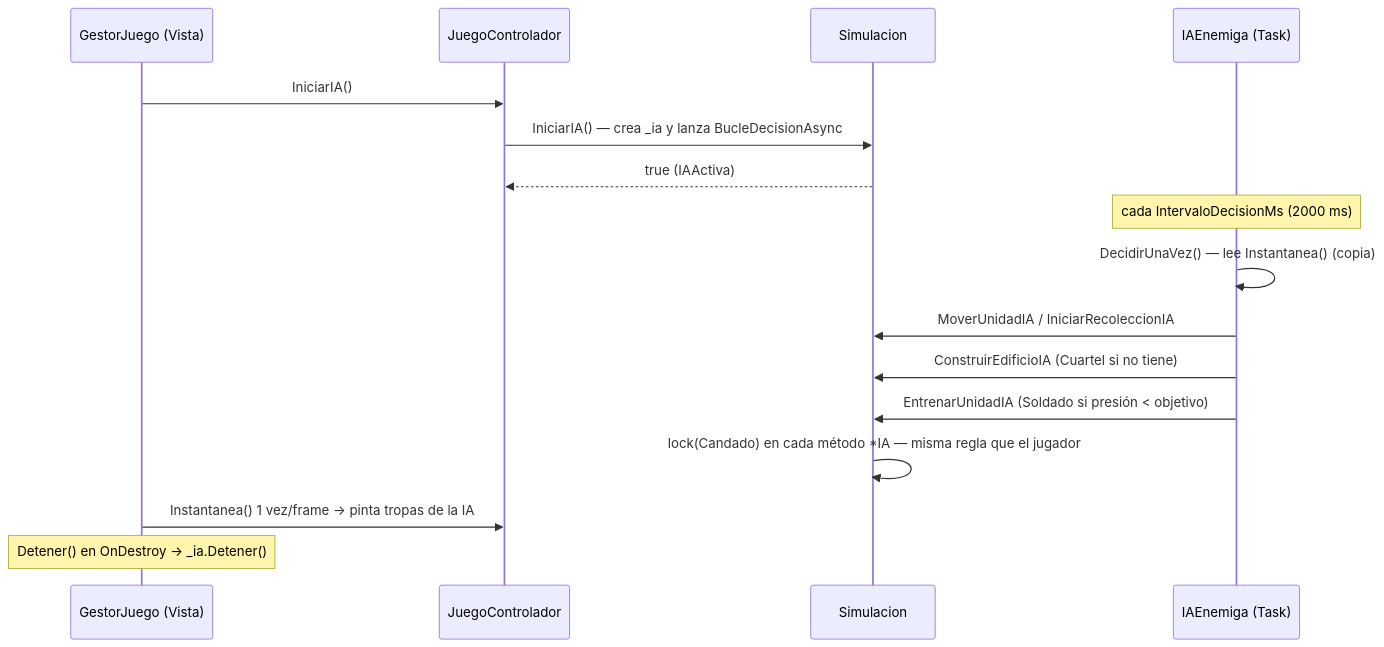
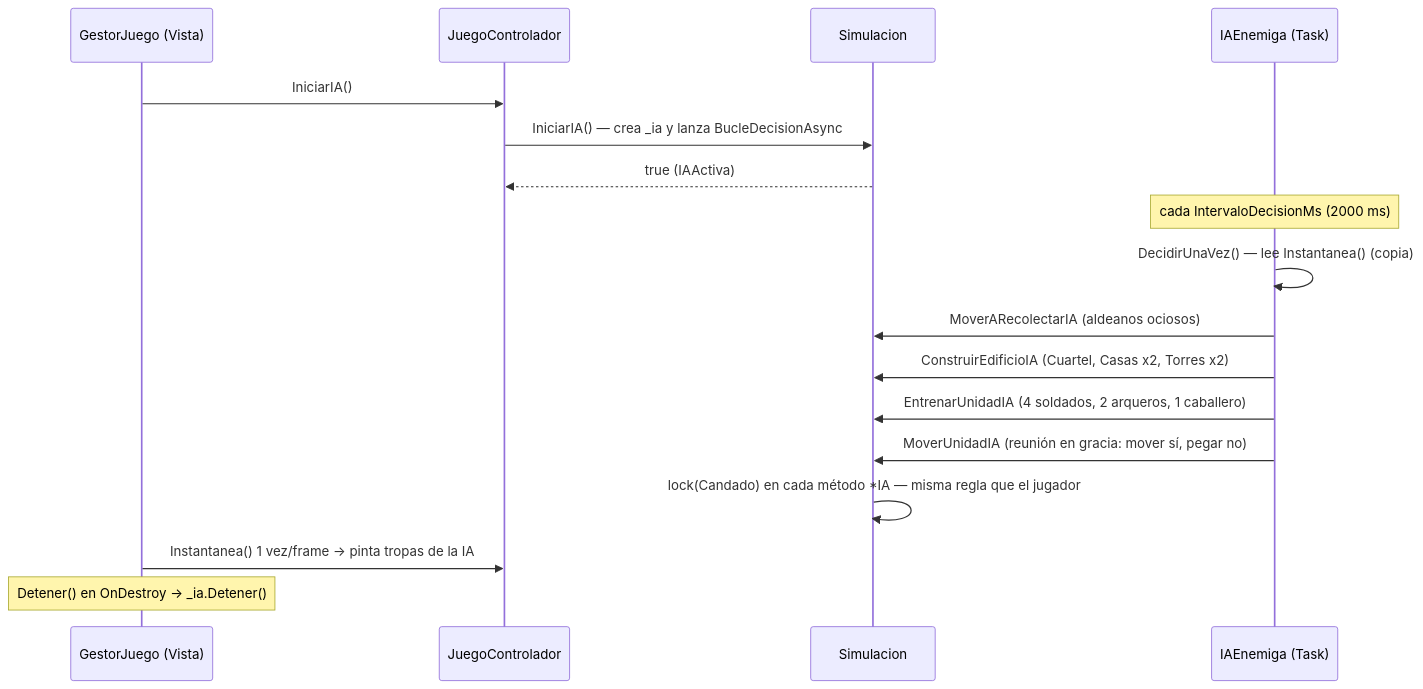
Before and after one commit to bardock7238/RTS-Academico: the eighth of 16 diagrams in DOCUMENTACION.md, drawn with Mermaid. The commit also changed 4 other files, not shown here.

First line of the commit message:
feat(ia): construye torres/casas, ejército mixto y reunión en gracia + docs entrega

````diff
--- a/DOCUMENTACION.md
+++ b/DOCUMENTACION.md
@@ -673,19 +673,20 @@
 ```mermaid
 sequenceDiagram
     participant CG as GestorJuego (Vista)
     participant C as JuegoControlador
     participant S as Simulacion
     participant IA as IAEnemiga (Task)
 
     CG->>C: IniciarIA()
     C->>S: IniciarIA() — crea _ia y lanza BucleDecisionAsync
     S-->>C: true (IAActiva)
     Note over IA: cada IntervaloDecisionMs (2000 ms)
     IA->>IA: DecidirUnaVez() — lee Instantanea() (copia)
-    IA->>S: MoverUnidadIA / IniciarRecoleccionIA
-    IA->>S: ConstruirEdificioIA (Cuartel si no tiene)
-    IA->>S: EntrenarUnidadIA (Soldado si presión < objetivo)
+    IA->>S: MoverARecolectarIA (aldeanos ociosos)
+    IA->>S: ConstruirEdificioIA (Cuartel, Casas x2, Torres x2)
+    IA->>S: EntrenarUnidadIA (4 soldados, 2 arqueros, 1 caballero)
+    IA->>S: MoverUnidadIA (reunión en gracia: mover sí, pegar no)
     S->>S: lock(Candado) en cada método *IA — misma regla que el jugador
     CG->>C: Instantanea() 1 vez/frame → pinta tropas de la IA
     Note over CG: Detener() en OnDestroy → _ia.Detener()
 ```
````
